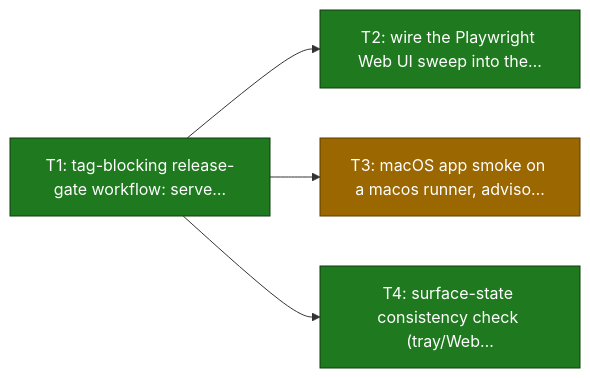
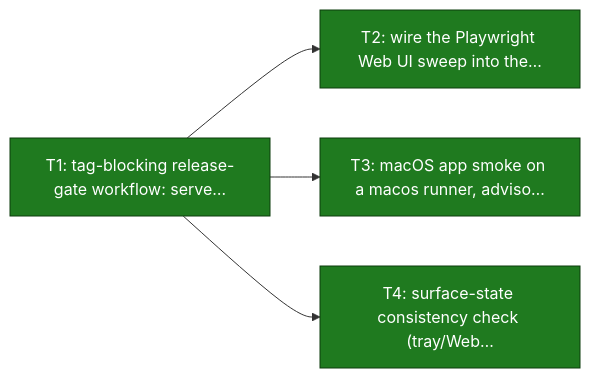
Before and after one commit to smart-mcp-proxy/mcpproxy-go: the third of 27 diagrams in ROADMAP.md, drawn with Mermaid. The commit also changed other lines of this file and 1 other file, not shown here.

First line of the commit message:
chore(roadmap): mark Spec 081 T3 done, link Spec 058 work as child tasks

````diff
--- a/ROADMAP.md
+++ b/ROADMAP.md
@@ -163,16 +163,14 @@
 ```mermaid
 graph LR
   release_qa_gate_matrix["T1: tag-blocking release-gate workflow: serve…"]
   release_qa_gate_playwright["T2: wire the Playwright Web UI sweep into the…"]
   release_qa_gate_macos["T3: macOS app smoke on a macos runner, adviso…"]
   release_qa_gate_consistency["T4: surface-state consistency check (tray/Web…"]
 
   release_qa_gate_matrix --> release_qa_gate_playwright
   release_qa_gate_matrix --> release_qa_gate_macos
   release_qa_gate_matrix --> release_qa_gate_consistency
 
   classDef done fill:#1f7a1f,stroke:#0d3d0d,color:#ffffff;
-  classDef in_review fill:#9a6700,stroke:#5c3d00,color:#ffffff;
-  class release_qa_gate_matrix,release_qa_gate_playwright,release_qa_gate_consistency done;
-  class release_qa_gate_macos in_review;
+  class release_qa_gate_matrix,release_qa_gate_playwright,release_qa_gate_macos,release_qa_gate_consistency done;
 ```
````
